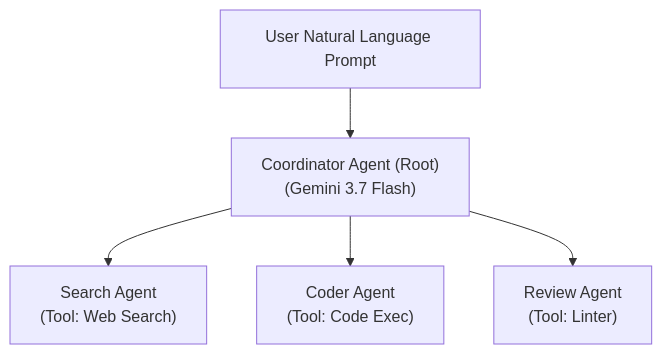
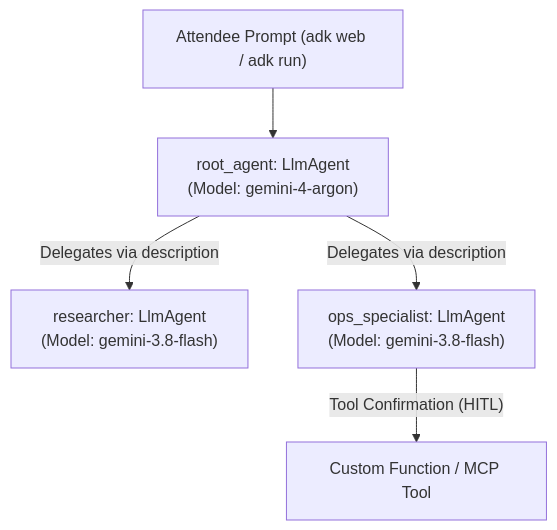
Before and after one commit to JAICHANGPARK/workshop-harness: the first of 2 diagrams in skills/adk-workshop-builder/SKILL.md, drawn with Mermaid. The commit also changed other lines of this file and 15 other files, not shown here.

Commit message:
feat(agents-cli): add agents-cli-workshop-builder skill, 2026 model catalog audit CLI, and multi-agent ADLC scaffolding

````diff
--- a/skills/adk-workshop-builder/SKILL.md
+++ b/skills/adk-workshop-builder/SKILL.md
@@ -36,7 +51,7 @@
 ```mermaid
 flowchart TD
-    User["User Natural Language Prompt"] --> Coordinator["Coordinator Agent (Root)<br>(Gemini 3.7 Flash)"]
-    Coordinator --> SearchAgent["Search Agent<br>(Tool: Web Search)"]
-    Coordinator --> CoderAgent["Coder Agent<br>(Tool: Code Exec)"]
-    Coordinator --> ReviewAgent["Review Agent<br>(Tool: Linter)"]
+    User["Attendee Prompt (adk web / adk run)"] --> RootAgent["root_agent: LlmAgent<br>(Model: gemini-4-argon)"]
+    RootAgent -->|"Delegates via description"| ResearchAgent["researcher: LlmAgent<br>(Model: gemini-3.8-flash)"]
+    RootAgent -->|"Delegates via description"| OpsAgent["ops_specialist: LlmAgent<br>(Model: gemini-3.8-flash)"]
+    OpsAgent -->|"Tool Confirmation (HITL)"| ToolExec["Custom Function / MCP Tool"]
 ```
````
